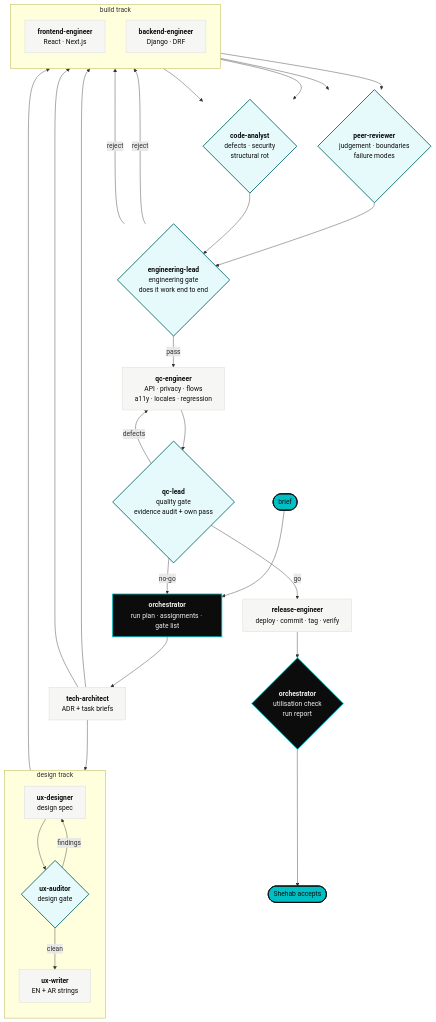
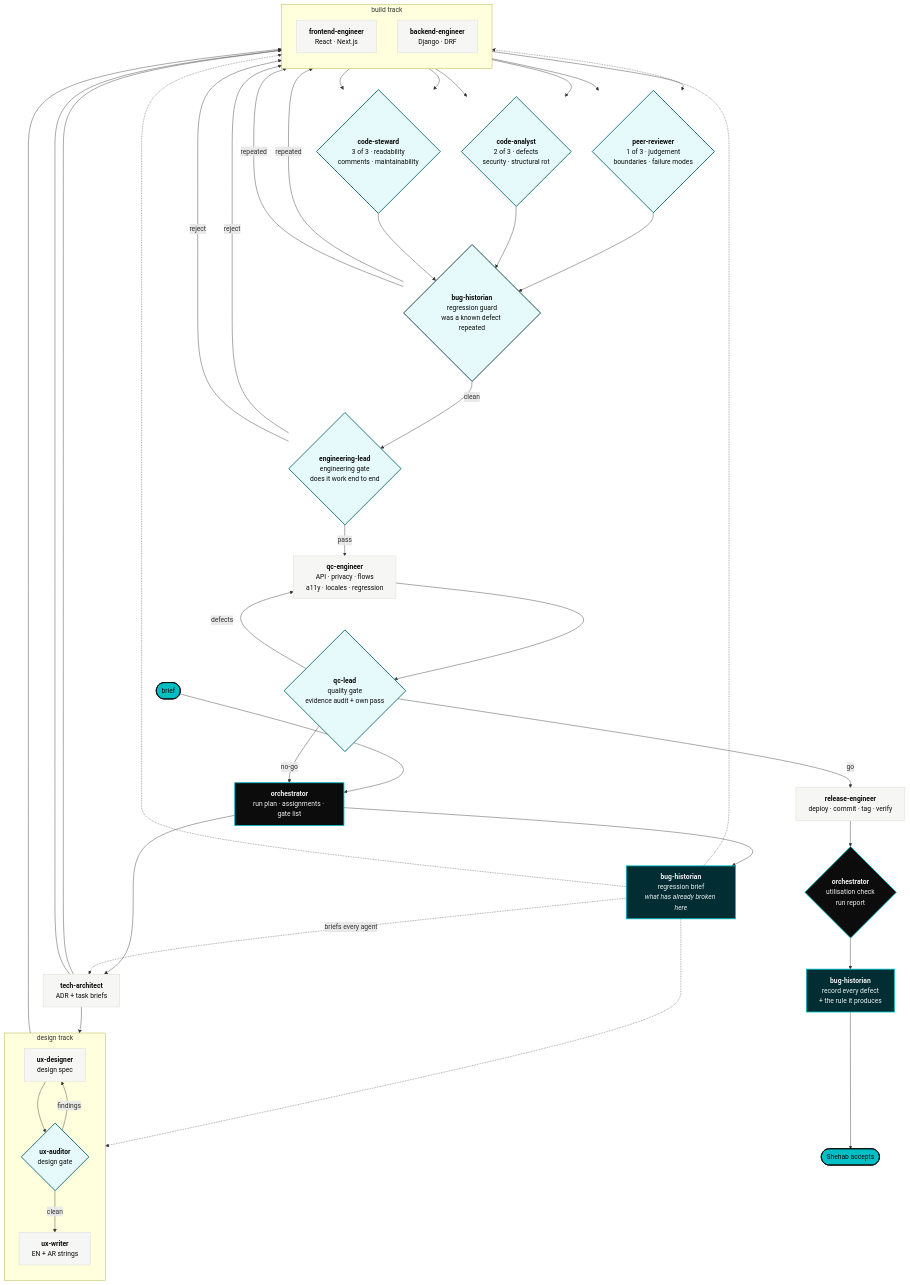
The first of 3 diagrams in docs/WORKFLOW.md (Shehabov/actio), drawn with Mermaid before and after one commit. The commit also changed other lines of this file and 15 other files, not shown here.

First line of the commit message:
Add bug-historian and code-steward, and settle the accent on Vega

````diff
--- a/docs/WORKFLOW.md
+++ b/docs/WORKFLOW.md
@@ -14,9 +14,16 @@
 flowchart TD
   BRIEF(["brief"]):::human --> ORC
 
-  ORC["<b>orchestrator</b><br/>run plan · assignments · gate list"]:::orc --> ARCH
+  ORC["<b>orchestrator</b><br/>run plan · assignments · gate list"]:::orc --> BH
+  ORC --> ARCH
 
+  BH["<b>bug-historian</b><br/>regression brief<br/><i>what has already broken here</i>"]:::mem
   ARCH["<b>tech-architect</b><br/>ADR + task briefs"]:::make
+
+  BH -. "briefs every agent" .-> ARCH
+  BH -. " " .-> UXD
+  BH -. " " .-> FE
+  BH -. " " .-> BE
 
   ARCH --> UXD
   ARCH --> FE
@@ -41,14 +48,23 @@
   UXW --> FE
   FE --> PR
   FE --> CA
+  FE --> CS
   BE --> PR
   BE --> CA
+  BE --> CS
 
-  PR{"<b>peer-reviewer</b><br/>judgement · boundaries<br/>failure modes"}:::gate
-  CA{"<b>code-analyst</b><br/>defects · security<br/>structural rot"}:::gate
+  PR{"<b>peer-reviewer</b><br/>1 of 3 · judgement<br/>boundaries · failure modes"}:::gate
+  CA{"<b>code-analyst</b><br/>2 of 3 · defects<br/>security · structural rot"}:::gate
+  CS{"<b>code-steward</b><br/>3 of 3 · readability<br/>comments · maintainability"}:::gate
 
-  PR --> ENGL
-  CA --> ENGL
+  PR --> RG
+  CA --> RG
+  CS --> RG
+
+  RG{"<b>bug-historian</b><br/>regression guard<br/>was a known defect repeated"}:::mem2
+  RG -- "repeated" --> FE
+  RG -- "repeated" --> BE
+  RG -- "clean" --> ENGL
 
   ENGL{"<b>engineering-lead</b><br/>engineering gate<br/>does it work end to end"}:::gate
   ENGL -- "reject" --> FE
@@ -67,10 +83,14 @@
   REL --> CLOSE
 
   CLOSE{"<b>orchestrator</b><br/>utilisation check<br/>run report"}:::orc
-  CLOSE --> ACCEPT(["Shehab accepts"]):::human
+  CLOSE --> REC
+  REC["<b>bug-historian</b><br/>record every defect<br/>+ the rule it produces"]:::mem
+  REC --> ACCEPT(["Shehab accepts"]):::human
 
   classDef human fill:#00BFC4,stroke:#0C0C0C,stroke-width:2px,color:#0C0C0C
   classDef orc fill:#0C0C0C,stroke:#00BFC4,stroke-width:2px,color:#EFEFEF
   classDef make fill:#F6F6F4,stroke:#D8D8D4,color:#0C0C0C
   classDef gate fill:#E6FAFB,stroke:#02646B,stroke-width:2px,color:#0C0C0C
+  classDef mem fill:#022E33,stroke:#00BFC4,stroke-width:2px,color:#EFEFEF
+  classDef mem2 fill:#E6FAFB,stroke:#022E33,stroke-width:2px,color:#0C0C0C
 ```
````
